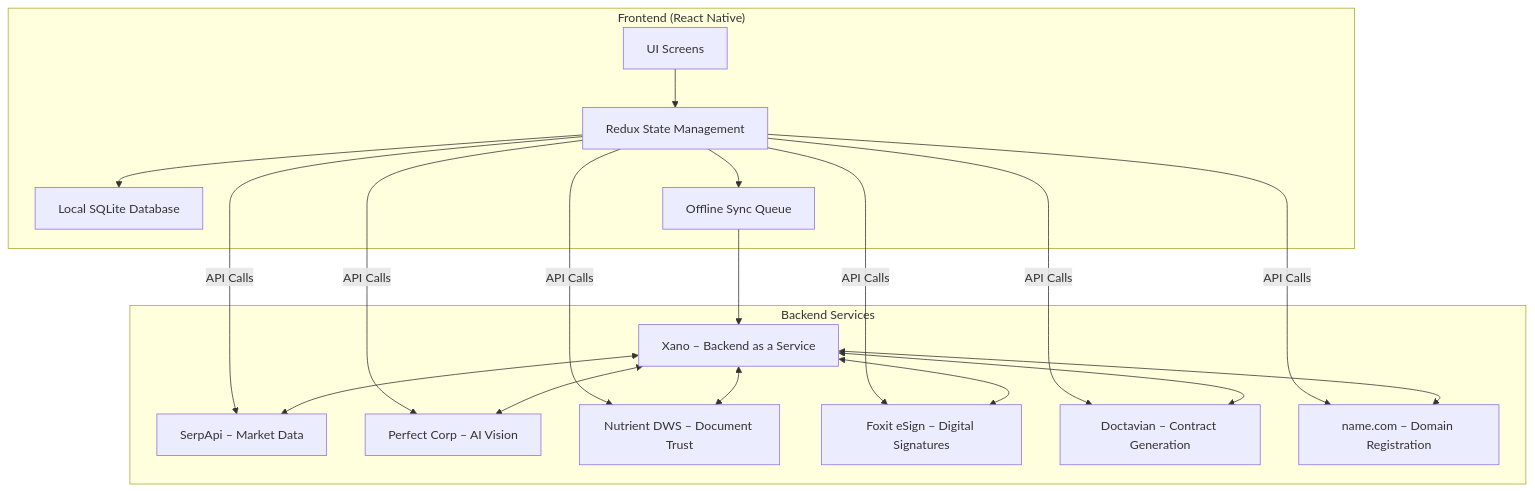
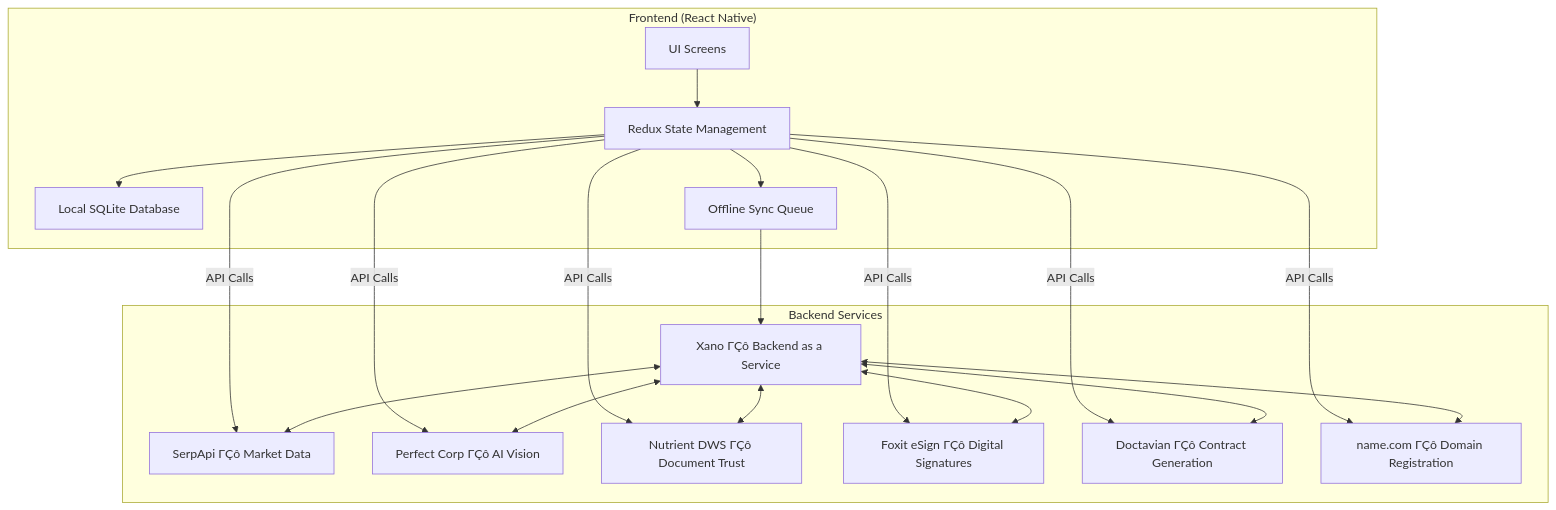
Before and after one commit to lucylow/ai-used-car-checker: the first of 3 diagrams in README.md, drawn with Mermaid. The commit also changed other lines of this file and 48724 other files, not shown here.

````diff
--- a/README.md
+++ b/README.md
@@ -87,36 +87,36 @@
 ```mermaid
 graph TB
     subgraph "Frontend (React Native)"
         A[UI Screens]
         B[Redux State Management]
         C[Local SQLite Database]
         D[Offline Sync Queue]
     end
 
     subgraph "Backend Services"
-        E[Xano – Backend as a Service]
-        F[SerpApi – Market Data]
-        G[Perfect Corp – AI Vision]
-        H[Nutrient DWS – Document Trust]
-        I[Foxit eSign – Digital Signatures]
-        J[Doctavian – Contract Generation]
-        K[name.com – Domain Registration]
+        E[Xano ΓÇô Backend as a Service]
+        F[SerpApi ΓÇô Market Data]
+        G[Perfect Corp ΓÇô AI Vision]
+        H[Nutrient DWS ΓÇô Document Trust]
+        I[Foxit eSign ΓÇô Digital Signatures]
+        J[Doctavian ΓÇô Contract Generation]
+        K[name.com ΓÇô Domain Registration]
     end
 
     A --> B
     B --> C
     B --> D
     D --> E
     B -- API Calls --> F
     B -- API Calls --> G
     B -- API Calls --> H
     B -- API Calls --> I
     B -- API Calls --> J
     B -- API Calls --> K
     E <--> F
     E <--> G
     E <--> H
     E <--> I
     E <--> J
     E <--> K
 ```
````
